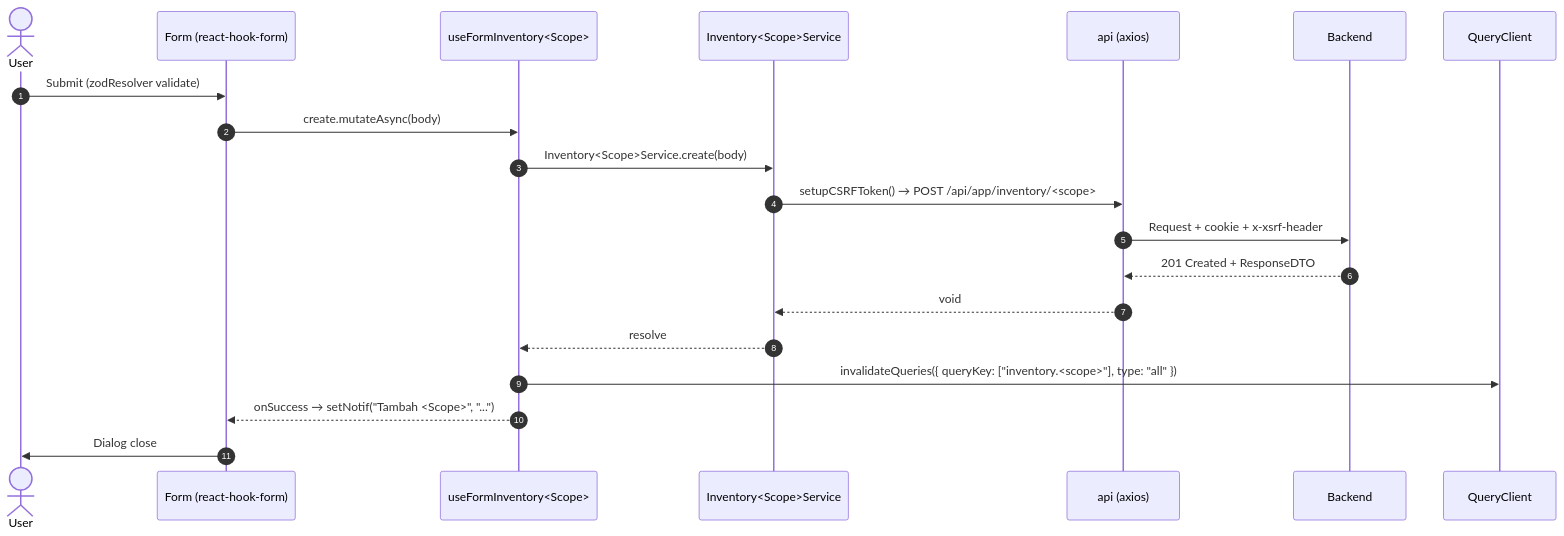
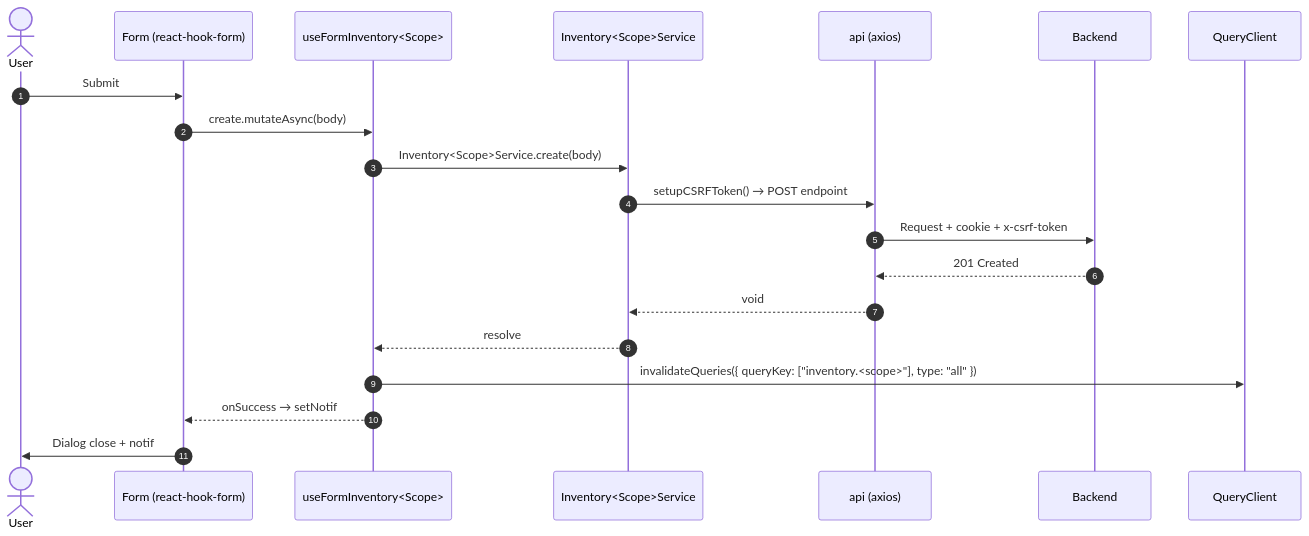
Before and after one commit to mikaeladityan/mandalika-api-v2: the diagram in docs/modules/inventory/frontend-integration.md, drawn with Mermaid. The commit also changed other lines of this file and 10 other files, not shown here.

````diff
--- a/docs/modules/inventory/frontend-integration.md
+++ b/docs/modules/inventory/frontend-integration.md
@@ -369,23 +65,23 @@
 ```mermaid
 sequenceDiagram
     autonumber
     actor U as User
     participant F as Form (react-hook-form)
     participant H as useFormInventory<Scope>
     participant S as Inventory<Scope>Service
     participant A as api (axios)
     participant BE as Backend
     participant Q as QueryClient
 
-    U->>F: Submit (zodResolver validate)
+    U->>F: Submit
     F->>H: create.mutateAsync(body)
     H->>S: Inventory<Scope>Service.create(body)
-    S->>A: setupCSRFToken() → POST /api/app/inventory/<scope>
-    A->>BE: Request + cookie + x-xsrf-header
-    BE-->>A: 201 Created + ResponseDTO
+    S->>A: setupCSRFToken() → POST endpoint
+    A->>BE: Request + cookie + x-csrf-token
+    BE-->>A: 201 Created
     A-->>S: void
     S-->>H: resolve
     H->>Q: invalidateQueries({ queryKey: ["inventory.<scope>"], type: "all" })
-    H-->>F: onSuccess → setNotif("Tambah <Scope>", "...")
-    F->>U: Dialog close
+    H-->>F: onSuccess → setNotif
+    F->>U: Dialog close + notif
 ```
````
